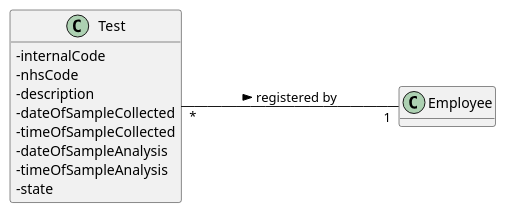
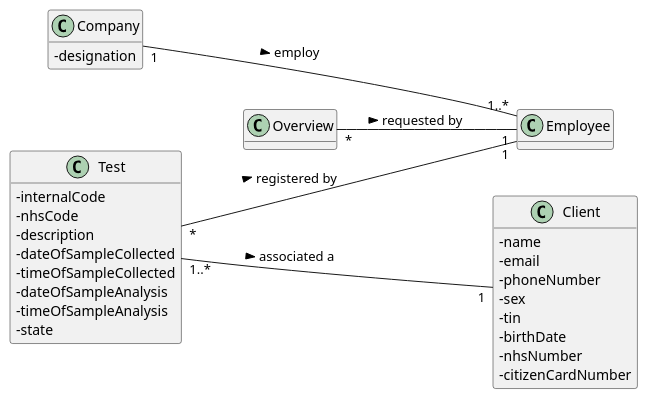
Before and after one commit to manu-07-ela/LAPR2_ISEP: the diagram in docs/SprintD/US16/US16_MD.puml, drawn with PlantUML. The commit also changed 6513 other files, not shown here.

```diff
--- a/docs/SprintD/US16/US16_MD.puml
+++ b/docs/SprintD/US16/US16_MD.puml
@@ -1,26 +1,45 @@
 @startuml
 hide methods
 left to right direction
 skinparam classAttributeIconSize 0
 
 
+class Company{
+-designation
+}
+
+class Overview{
+}
+
+class Client{
+ - name
+ - email
+ - phoneNumber
+ - sex
+ - tin
+ - birthDate
+ - nhsNumber
+ - citizenCardNumber
+}
 
 class Test {
 -internalCode
 -nhsCode
 -description
 -dateOfSampleCollected
 -timeOfSampleCollected
 -dateOfSampleAnalysis
 -timeOfSampleAnalysis
 -state
 }
 
 
 
-
+Company "1"---"1..*" Employee : employ >
+Test "1..*"---"1" Client : associated a >
 Test "*"---"1" Employee : registered by >
+Overview "*"--"1" Employee : requested by >
 
 
 
 @enduml
```
